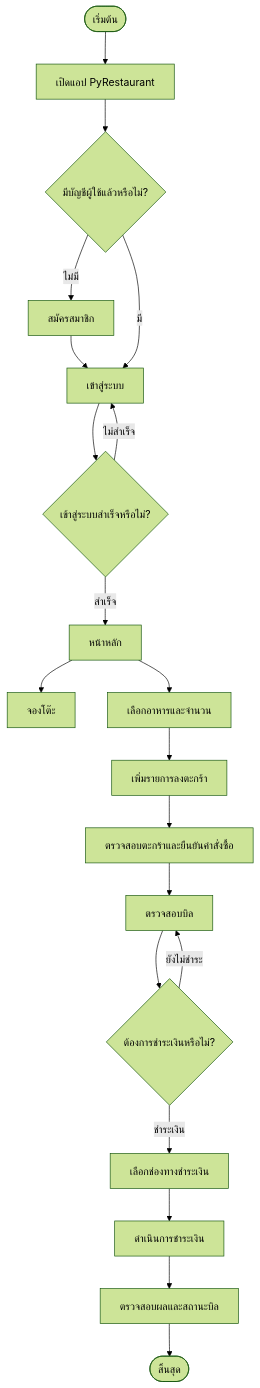
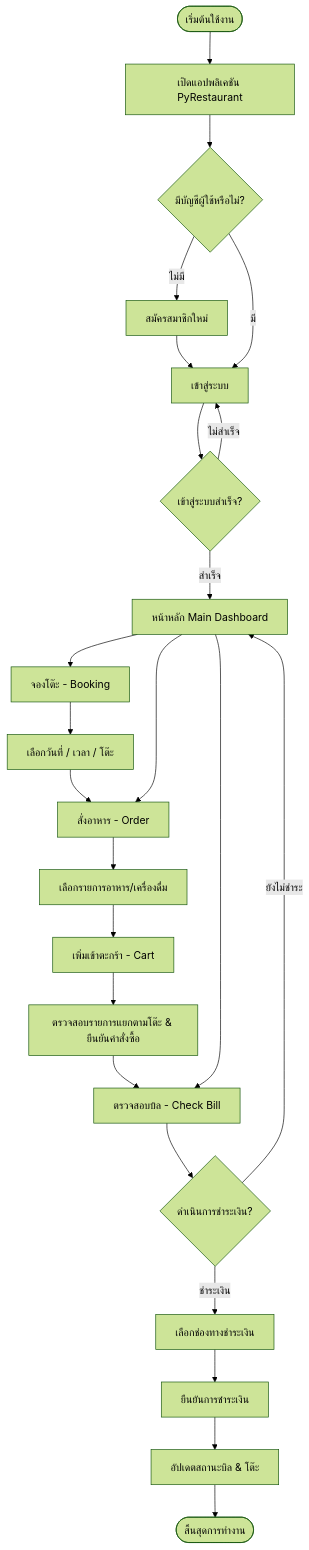
One commit to Vespa09/FundamentalProgrammmingConceptKuSrc changed the diagram in README.md. Above: the diagram before and after it, drawn with Mermaid (forest theme). The commit also changed other lines of this file and 4 other files, not shown here.

````diff
--- a/README.md
+++ b/README.md
@@ -29,22 +30,31 @@
 ```mermaid
 flowchart TD
-    A([เริ่มต้น]) --> B[เปิดแอป PyRestaurant]
-    B --> C{มีบัญชีผู้ใช้แล้วหรือไม่?}
-    C -- ไม่มี --> D[สมัครสมาชิก]
+    A([เริ่มต้นใช้งาน]) --> B[เปิดแอปพลิเคชัน PyRestaurant]
+    B --> C{มีบัญชีผู้ใช้หรือไม่?}
+    C -- ไม่มี --> D[สมัครสมาชิกใหม่]
     D --> E[เข้าสู่ระบบ]
     C -- มี --> E
-    E --> F{เข้าสู่ระบบสำเร็จหรือไม่?}
+    E --> F{เข้าสู่ระบบสำเร็จ?}
     F -- ไม่สำเร็จ --> E
-    F -- สำเร็จ --> G[หน้าหลัก]
-    G --> H[จองโต๊ะ]
-    G --> I[เลือกอาหารและจำนวน]
-    I --> J[เพิ่มรายการลงตะกร้า]
-    J --> K[ตรวจสอบตะกร้าและยืนยันคำสั่งซื้อ]
-    K --> L[ตรวจสอบบิล]
-    L --> M{ต้องการชำระเงินหรือไม่?}
-    M -- ยังไม่ชำระ --> L
+    F -- สำเร็จ --> G[หน้าหลัก Main Dashboard]
+    
+    G --> H[จองโต๊ะ - Booking]
+    H --> H1[เลือกวันที่ / เวลา / โต๊ะ]
+    H1 --> I[สั่งอาหาร - Order]
+    
+    G --> I
+    I --> I1[เลือกรายการอาหาร/เครื่องดื่ม]
+    I1 --> J[เพิ่มเข้าตะกร้า - Cart]
+    
+    J --> K[ตรวจสอบรายการแยกตามโต๊ะ & ยืนยันคำสั่งซื้อ]
+    K --> L[ตรวจสอบบิล - Check Bill]
+    
+    G --> L
+    L --> M{ดำเนินการชำระเงิน?}
+    M -- ยังไม่ชำระ --> G
     M -- ชำระเงิน --> N[เลือกช่องทางชำระเงิน]
-    N --> O[ดำเนินการชำระเงิน]
-    O --> P[ตรวจสอบผลและสถานะบิล]
-    P --> Q([สิ้นสุด])
+    N --> O[ยืนยันการชำระเงิน]
+    O --> P[อัปเดตสถานะบิล & โต๊ะ]
+    P --> Q([สิ้นสุดการทำงาน])
+
 ```
````
